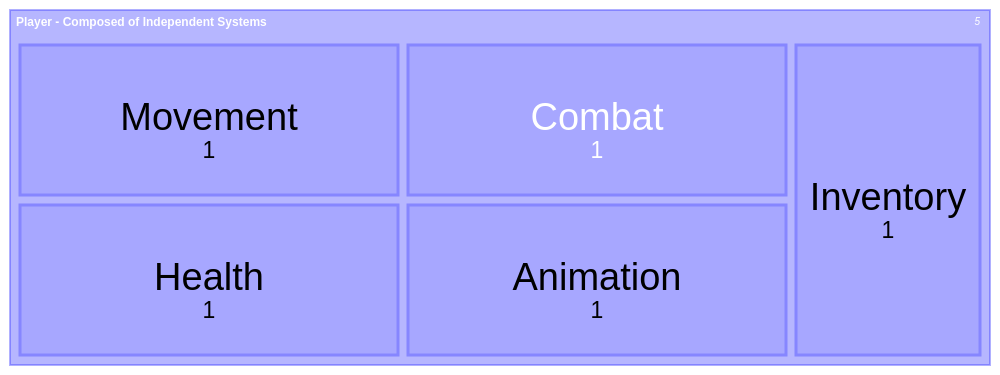
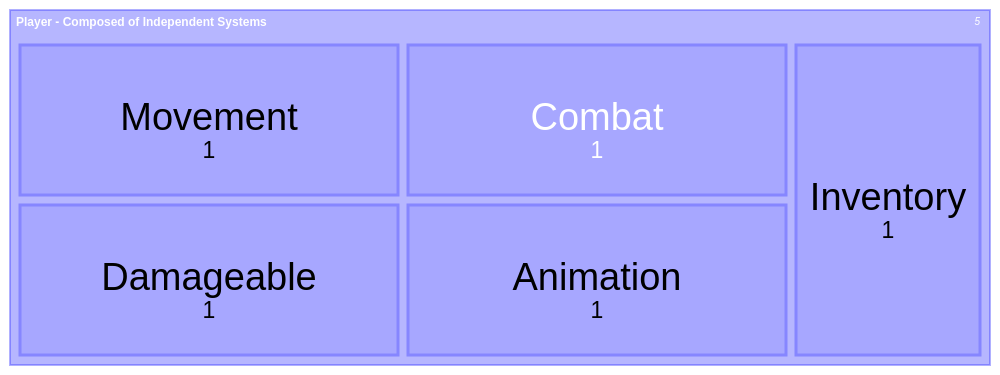
The first of 2 diagrams in README.md (CadeXLegend/survivors-godot-game), drawn with Mermaid before and after one commit. The commit also changed other lines of this file and 2 other files, not shown here.

````diff
--- a/README.md
+++ b/README.md
@@ -20,9 +33,9 @@
 ```mermaid
 treemap-beta
 "Player - Composed of Independent Systems"
     "Movement": 1
-    "Health": 1
+    "Damageable": 1
     "Combat": 1
     "Animation": 1
     "Inventory": 1
 ```
````
